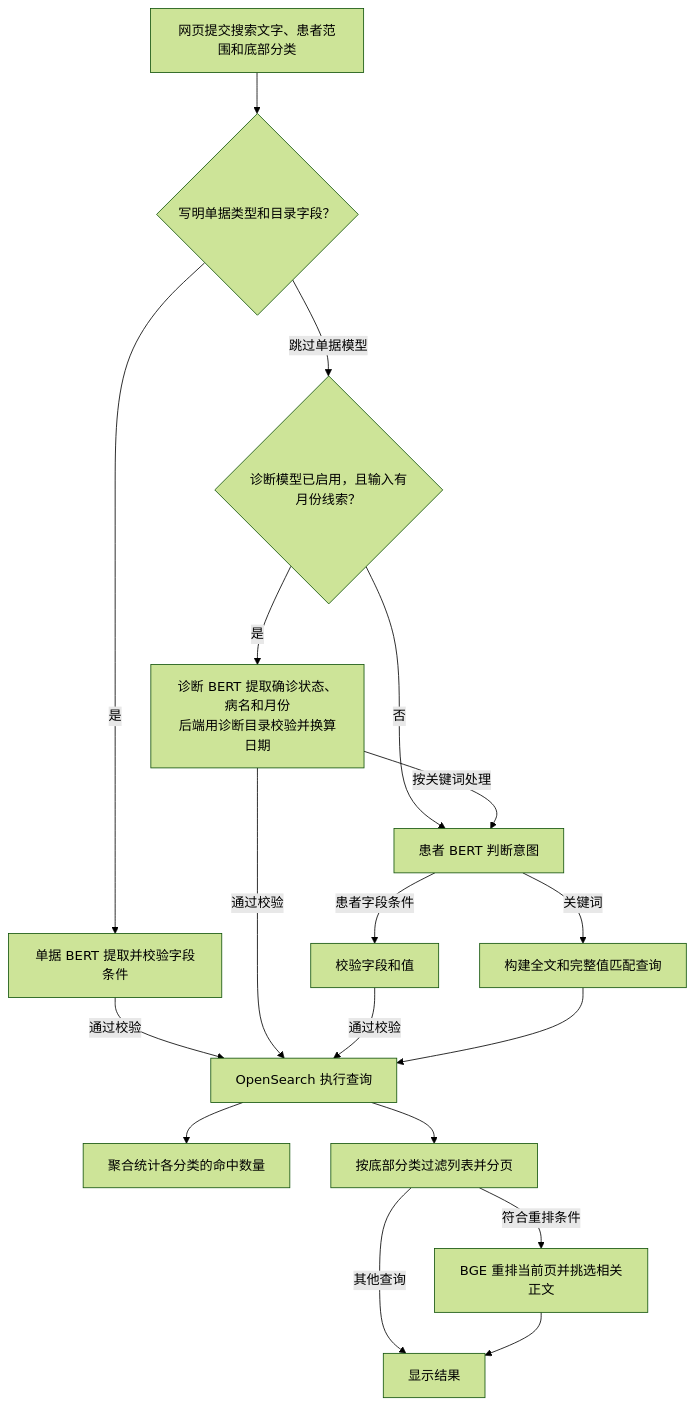
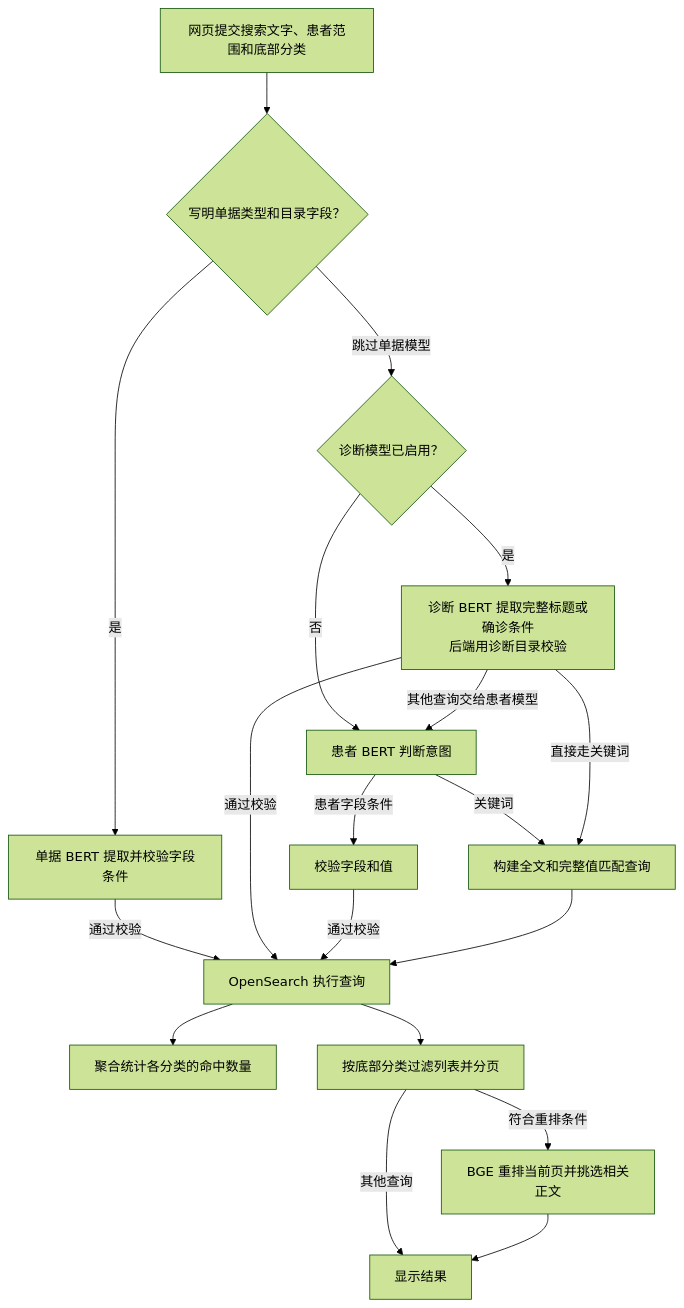
Before and after one commit to VINEtom/OpenSearch: the second of 2 diagrams in docs/search-guide.md, drawn with Mermaid (forest theme). The commit also changed other lines of this file and 10 other files, not shown here.

````diff
--- a/docs/search-guide.md
+++ b/docs/search-guide.md
@@ -227,20 +227,21 @@
 ```mermaid
 flowchart TD
     A["网页提交搜索文字、患者范围和底部分类"] --> B{"写明单据类型和目录字段？"}
     B -->|"是"| C["单据 BERT 提取并校验字段条件"]
-    B -->|"跳过单据模型"| D{"诊断模型已启用，且输入有月份线索？"}
-    D -->|"是"| E["诊断 BERT 提取确诊状态、病名和月份<br/>后端用诊断目录校验并换算日期"]
+    B -->|"跳过单据模型"| D{"诊断模型已启用？"}
+    D -->|"是"| E["诊断 BERT 提取完整标题或确诊条件<br/>后端用诊断目录校验"]
     D -->|"否"| P["患者 BERT 判断意图"]
-    E -->|"按关键词处理"| P
+    E -->|"其他查询交给患者模型"| P
     P -->|"患者字段条件"| F["校验字段和值"]
     P -->|"关键词"| G["构建全文和完整值匹配查询"]
     C -->|"通过校验"| O["OpenSearch 执行查询"]
     E -->|"通过校验"| O
+    E -->|"直接走关键词"| G
     F -->|"通过校验"| O
     G --> O
     O --> H["聚合统计各分类的命中数量"]
     O --> I["按底部分类过滤列表并分页"]
     I -->|"符合重排条件"| J["BGE 重排当前页并挑选相关正文"]
     I -->|"其他查询"| L["显示结果"]
     J --> L
 ```
````
